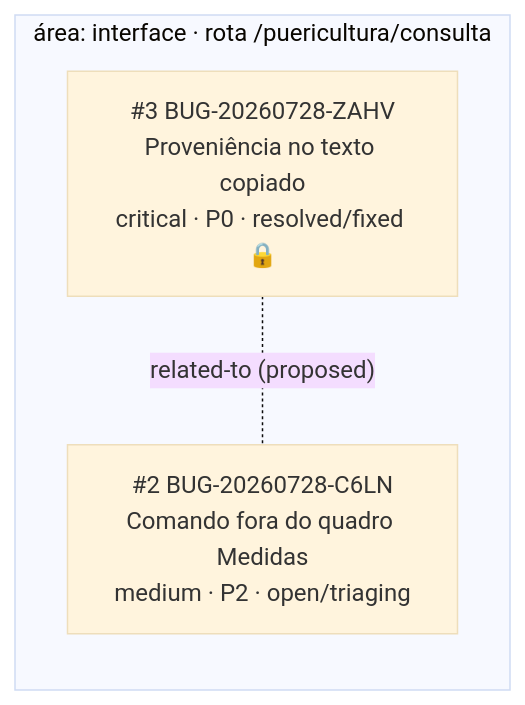
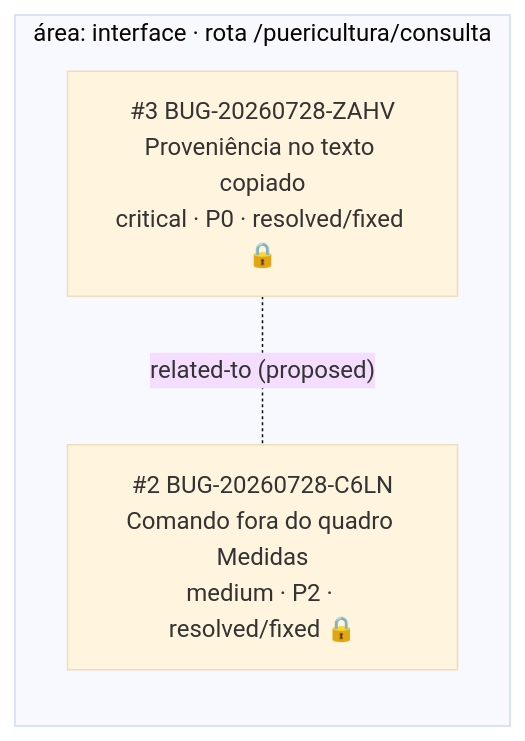
Before and after one commit to iago-leal/aps-inteligente: the diagram in _reversa_bugs/consulta-puericultura/generated/graph.md, drawn with Mermaid (base theme). The commit also changed other lines of this file and 25 other files, not shown here.

````diff
--- a/_reversa_bugs/consulta-puericultura/generated/graph.md
+++ b/_reversa_bugs/consulta-puericultura/generated/graph.md
@@ -5,8 +5,8 @@
 ```mermaid
 graph LR
     subgraph interface["área: interface · rota /puericultura/consulta"]
         ZAHV["#3 BUG-20260728-ZAHV<br/>Proveniência no texto copiado<br/>critical · P0 · resolved/fixed 🔒"]
-        C6LN["#2 BUG-20260728-C6LN<br/>Comando fora do quadro Medidas<br/>medium · P2 · open/triaging"]
+        C6LN["#2 BUG-20260728-C6LN<br/>Comando fora do quadro Medidas<br/>medium · P2 · resolved/fixed 🔒"]
     end
     ZAHV -. "related-to (proposed)" .- C6LN
 ```
````
